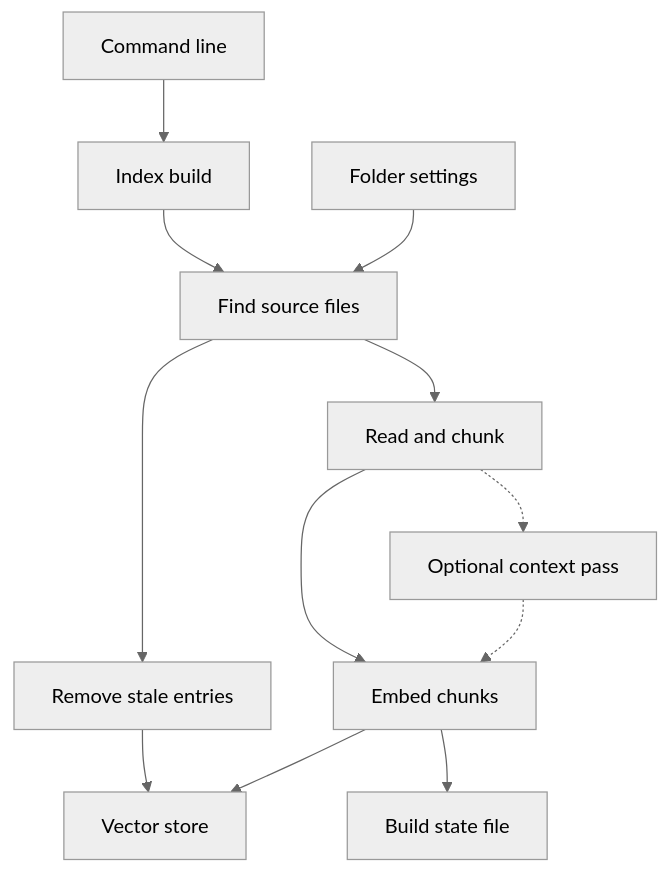
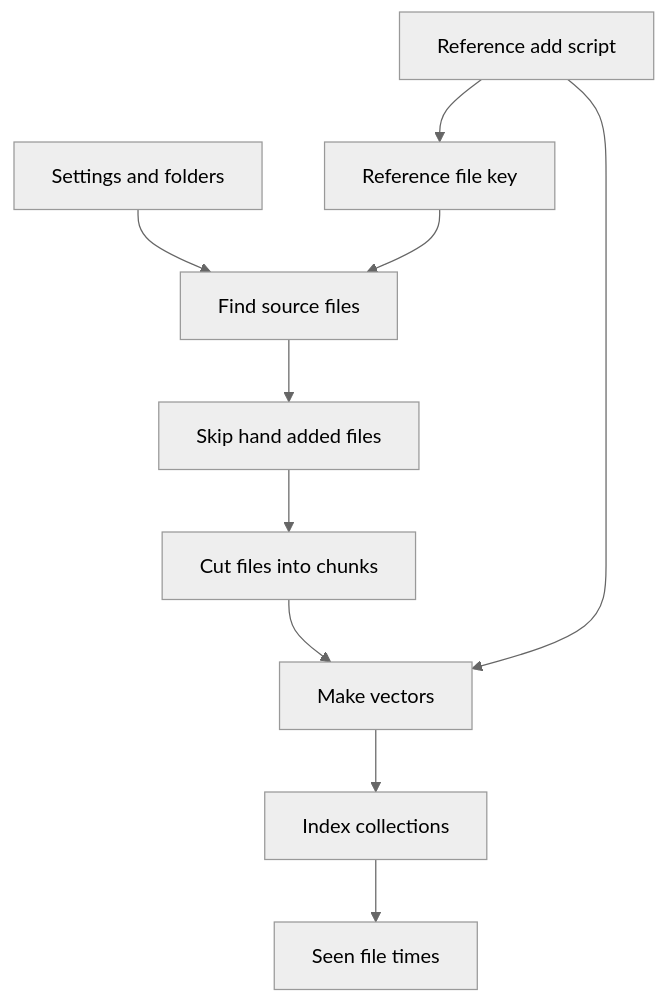
Before and after one commit to dipenpatel-dev/tollgate: the first of 2 diagrams in docs/scripts/search/build_index.md, drawn with Mermaid (neutral theme). The commit also changed other lines of this file and 5 other files, not shown here.

````diff
--- a/docs/scripts/search/build_index.md
+++ b/docs/scripts/search/build_index.md
@@ -70,14 +86,21 @@
 ```mermaid
 flowchart TD
-  Cli["Command line"] --> Build["Index build"]
-  Paths["Folder settings"] --> Walk["Find source files"]
-  Build --> Walk
-  Walk --> Read["Read and chunk"]
-  Read -.-> Ctx["Optional context pass"]
-  Ctx -.-> Embed["Embed chunks"]
-  Read --> Embed
-  Embed --> Store["Vector store"]
-  Embed --> State["Build state file"]
-  Walk --> Clean["Remove stale entries"]
-  Clean --> Store
+  Settings["Settings and folders"]
+  Walk["Find source files"]
+  Key["Reference file key"]
+  Cut["Cut files into chunks"]
+  Skip["Skip hand added files"]
+  Embed["Make vectors"]
+  Store["Index collections"]
+  State["Seen file times"]
+  Add["Reference add script"]
+  Settings --> Walk
+  Walk --> Skip
+  Skip --> Cut
+  Cut --> Embed
+  Embed --> Store
+  Store --> State
+  Key --> Walk
+  Add --> Key
+  Add --> Embed
 ```
````
